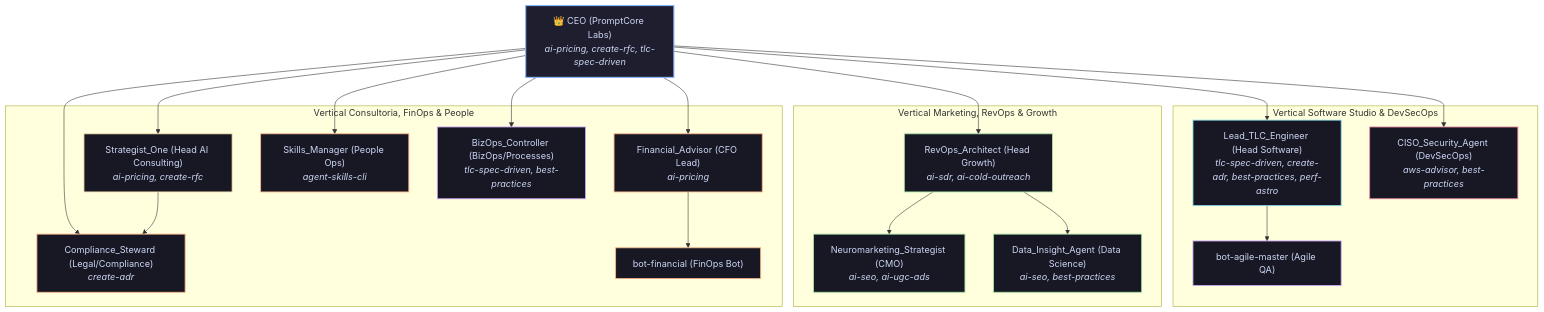
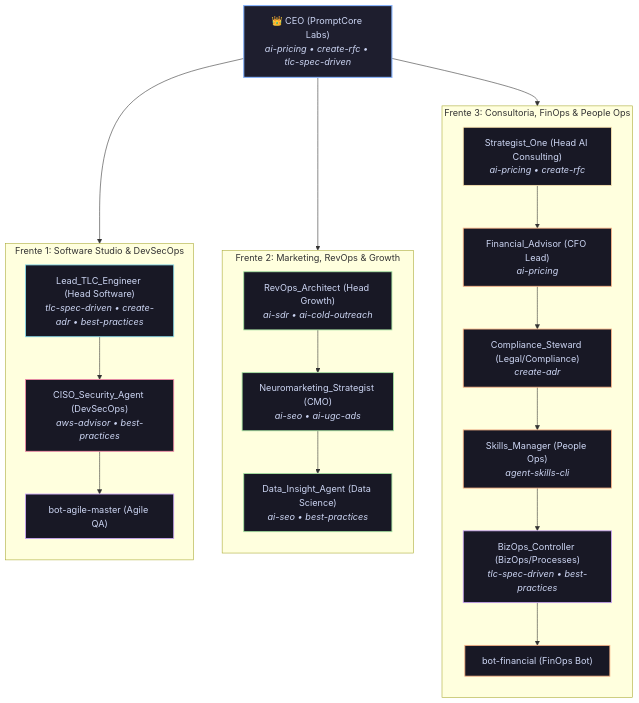
One commit to EnterDufter/PromptCoreLabs_AEOS changed the second of 2 diagrams in projects/Living Architecture PCL AEOS/docs/agents-squads/README.md. Above: the diagram before and after it, drawn with Mermaid. The commit also changed other lines of this file and 2 other files, not shown here.

Commit message:
docs(standards): registra Padrão Oficial de Legibilidade/Impressão, normaliza escala no CSS (100% largura) e ajusta diagramas de agentes (fontes maiores e Org Chart vertical)

````diff
--- a/projects/Living Architecture PCL AEOS/docs/agents-squads/README.md
+++ b/projects/Living Architecture PCL AEOS/docs/agents-squads/README.md
@@ -52,48 +52,43 @@
 ```mermaid
 graph TD
     classDef board fill:#1e1e2e,stroke:#89b4fa,stroke-width:2px,color:#cdd6f4;
     classDef squadEstra fill:#181825,stroke:#f9e2af,stroke-width:1.5px,color:#cdd6f4;
     classDef squadRev fill:#181825,stroke:#a6e3a1,stroke-width:1.5px,color:#cdd6f4;
     classDef squadDev fill:#181825,stroke:#89dceb,stroke-width:1.5px,color:#cdd6f4;
     classDef squadOps fill:#181825,stroke:#cba6f7,stroke-width:1.5px,color:#cdd6f4;
     classDef squadSec fill:#181825,stroke:#f38ba8,stroke-width:1.5px,color:#cdd6f4;
     classDef squadFin fill:#181825,stroke:#fab387,stroke-width:1.5px,color:#cdd6f4;
 
-    CEO["👑 CEO (PromptCore Labs)<br/><i>ai-pricing, create-rfc, tlc-spec-driven</i>"]:::board
+    CEO["👑 CEO (PromptCore Labs)<br/><i>ai-pricing • create-rfc • tlc-spec-driven</i>"]:::board
 
-    subgraph Vert_Software["Vertical Software Studio & DevSecOps"]
-        LeadEng["Lead_TLC_Engineer (Head Software)<br/><i>tlc-spec-driven, create-adr, best-practices, perf-astro</i>"]:::squadDev
-        CISO["CISO_Security_Agent (DevSecOps)<br/><i>aws-advisor, best-practices</i>"]:::squadSec
+    subgraph Vert_Software["Frente 1: Software Studio & DevSecOps"]
+        direction TD
+        LeadEng["Lead_TLC_Engineer (Head Software)<br/><i>tlc-spec-driven • create-adr • best-practices</i>"]:::squadDev
+        CISO["CISO_Security_Agent (DevSecOps)<br/><i>aws-advisor • best-practices</i>"]:::squadSec
         AgileBot["bot-agile-master (Agile QA)"]:::squadOps
+        LeadEng --> CISO --> AgileBot
     end
 
-    subgraph Vert_Growth["Vertical Marketing, RevOps & Growth"]
-        RevOps["RevOps_Architect (Head Growth)<br/><i>ai-sdr, ai-cold-outreach</i>"]:::squadRev
-        CMO["Neuromarketing_Strategist (CMO)<br/><i>ai-seo, ai-ugc-ads</i>"]:::squadRev
-        GrowthDS["Data_Insight_Agent (Data Science)<br/><i>ai-seo, best-practices</i>"]:::squadRev
+    subgraph Vert_Growth["Frente 2: Marketing, RevOps & Growth"]
+        direction TD
+        RevOps["RevOps_Architect (Head Growth)<br/><i>ai-sdr • ai-cold-outreach</i>"]:::squadRev
+        CMO["Neuromarketing_Strategist (CMO)<br/><i>ai-seo • ai-ugc-ads</i>"]:::squadRev
+        GrowthDS["Data_Insight_Agent (Data Science)<br/><i>ai-seo • best-practices</i>"]:::squadRev
+        RevOps --> CMO --> GrowthDS
     end
 
-    subgraph Vert_Consulting["Vertical Consultoria, FinOps & People"]
-        Strategist["Strategist_One (Head AI Consulting)<br/><i>ai-pricing, create-rfc</i>"]:::squadEstra
+    subgraph Vert_Consulting["Frente 3: Consultoria, FinOps & People Ops"]
+        direction TD
+        Strategist["Strategist_One (Head AI Consulting)<br/><i>ai-pricing • create-rfc</i>"]:::squadEstra
         FinAdv["Financial_Advisor (CFO Lead)<br/><i>ai-pricing</i>"]:::squadFin
         Compliance["Compliance_Steward (Legal/Compliance)<br/><i>create-adr</i>"]:::squadFin
         SkillsMgr["Skills_Manager (People Ops)<br/><i>agent-skills-cli</i>"]:::squadFin
+        BizOps["BizOps_Controller (BizOps/Processes)<br/><i>tlc-spec-driven • best-practices</i>"]:::squadOps
         FinBot["bot-financial (FinOps Bot)"]:::squadFin
-        BizOps["BizOps_Controller (BizOps/Processes)<br/><i>tlc-spec-driven, best-practices</i>"]:::squadOps
+        Strategist --> FinAdv --> Compliance --> SkillsMgr --> BizOps --> FinBot
     end
 
-    CEO --> Strategist
-    CEO --> RevOps
-    CEO --> LeadEng
-    CEO --> BizOps
-    CEO --> CISO
-    CEO --> FinAdv
-    CEO --> Compliance
-    CEO --> SkillsMgr
-
-    RevOps --> CMO
-    RevOps --> GrowthDS
-    Strategist --> Compliance
-    LeadEng --> AgileBot
-    FinAdv --> FinBot
+    CEO --> Vert_Software
+    CEO --> Vert_Growth
+    CEO --> Vert_Consulting
 ```
````
